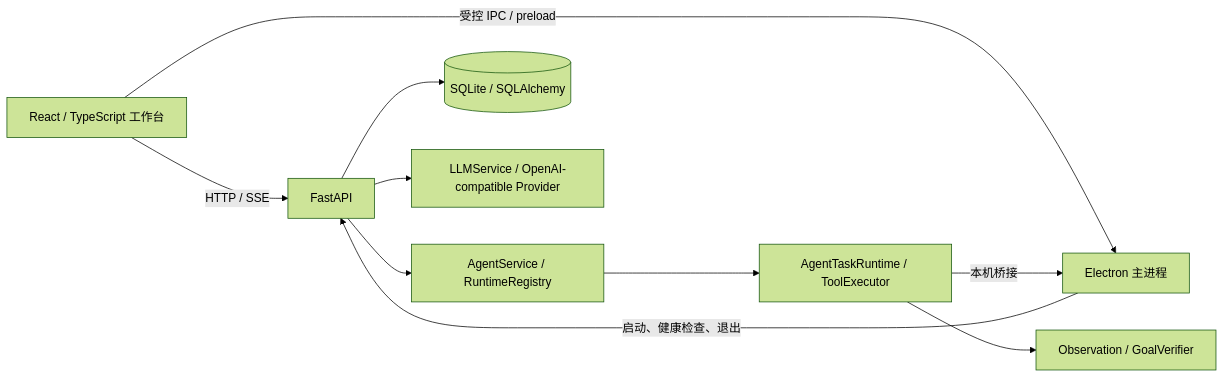
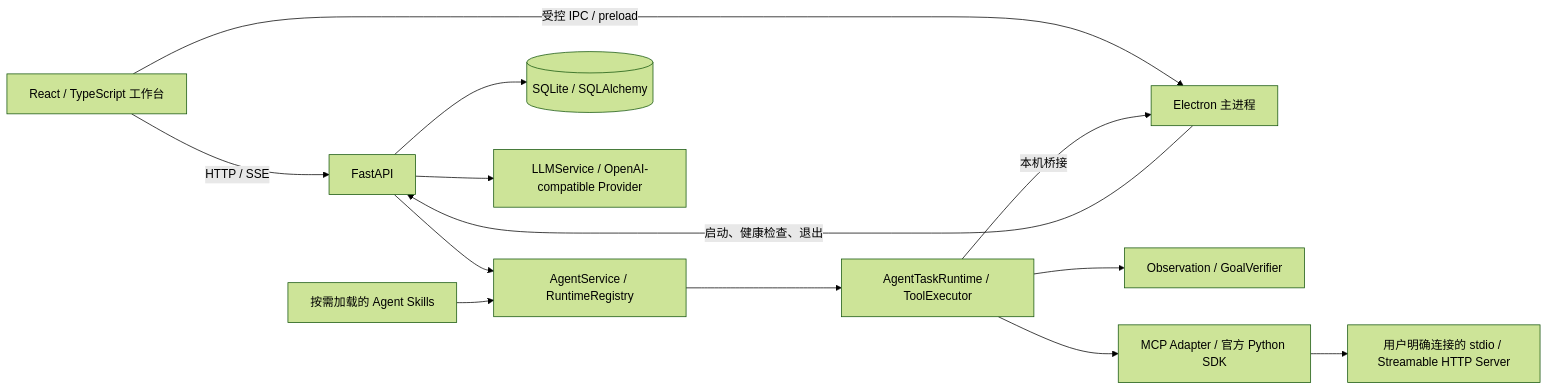
Before and after one commit to chuzihang1223/companion-studio: the diagram in README.md, drawn with Mermaid (forest theme). The commit also changed other lines of this file and 73 other files, not shown here.

````diff
--- a/README.md
+++ b/README.md
@@ -17,12 +17,15 @@
 ```mermaid
 flowchart LR
     UI[React / TypeScript 工作台] -->|HTTP / SSE| API[FastAPI]
     UI -->|受控 IPC / preload| E[Electron 主进程]
     E -->|启动、健康检查、退出| API
     API --> R[AgentService / RuntimeRegistry]
     R --> T[AgentTaskRuntime / ToolExecutor]
     T -->|本机桥接| E
     T --> V[Observation / GoalVerifier]
+    T --> MCP[MCP Adapter / 官方 Python SDK]
+    MCP --> Ext[用户明确连接的 stdio / Streamable HTTP Server]
+    Skills[按需加载的 Agent Skills] --> R
     API --> DB[(SQLite / SQLAlchemy)]
     API --> L[LLMService / OpenAI-compatible Provider]
 ```
````
